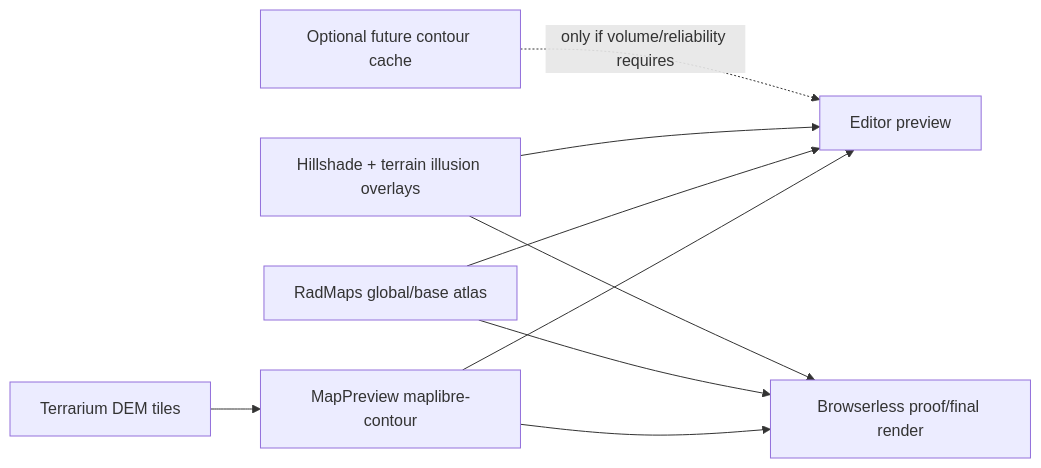
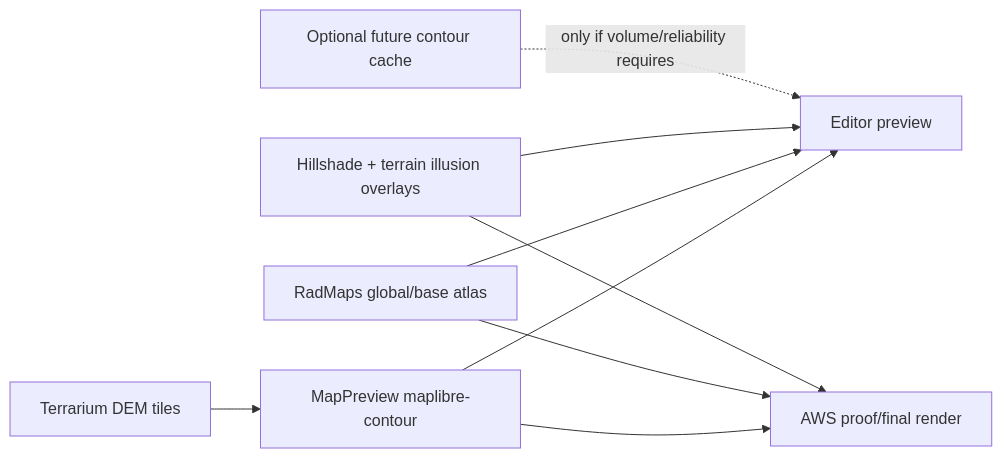
Before and after one commit to anthonynmaro/radmaps: the third of 4 diagrams in docs/MAP_TOOLS_CATALOG.md, drawn with Mermaid. The commit also changed other lines of this file and 96 other files, not shown here.

````diff
--- a/docs/MAP_TOOLS_CATALOG.md
+++ b/docs/MAP_TOOLS_CATALOG.md
@@ -182,11 +188,11 @@
 ```mermaid
 flowchart LR
   A["Terrarium DEM tiles"] --> B["MapPreview maplibre-contour"]
   B --> C["Editor preview"]
-  B --> D["Browserless proof/final render"]
+  B --> D["AWS proof/final render"]
   E["RadMaps global/base atlas"] --> C
   E --> D
   F["Hillshade + terrain illusion overlays"] --> C
   F --> D
   G["Optional future contour cache"] -. "only if volume/reliability requires" .-> C
 ```
````
